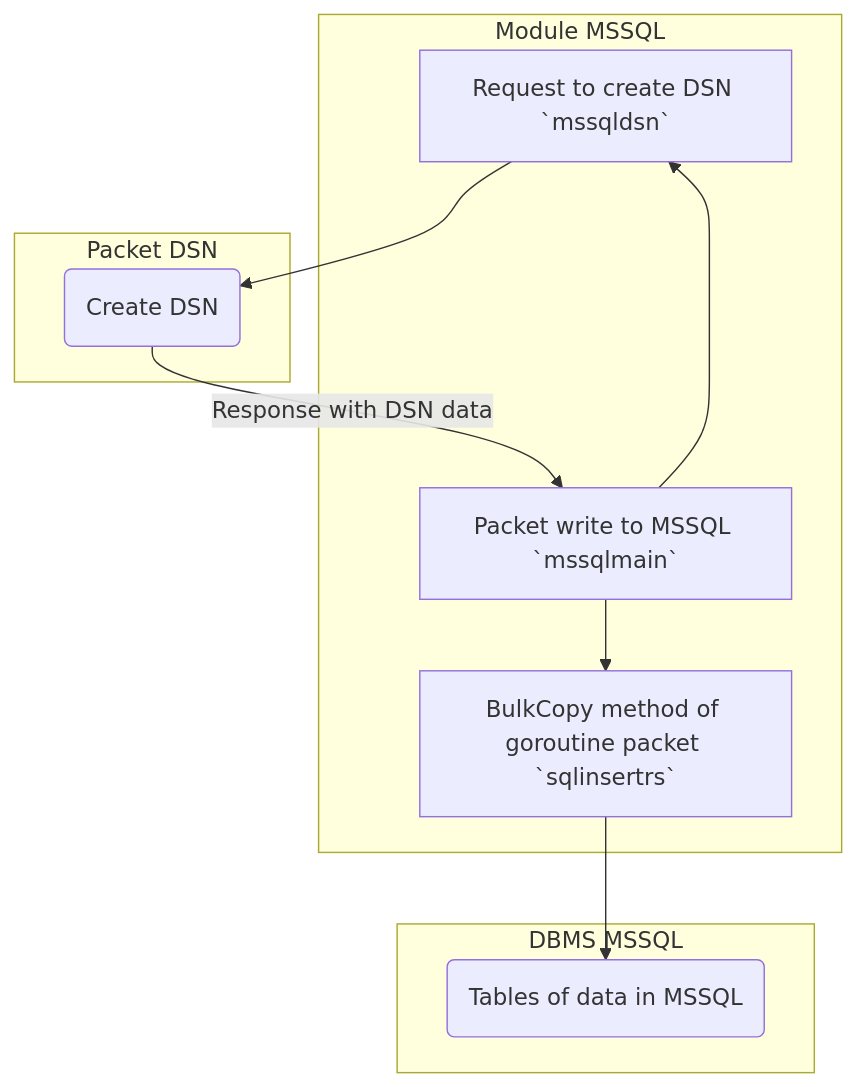
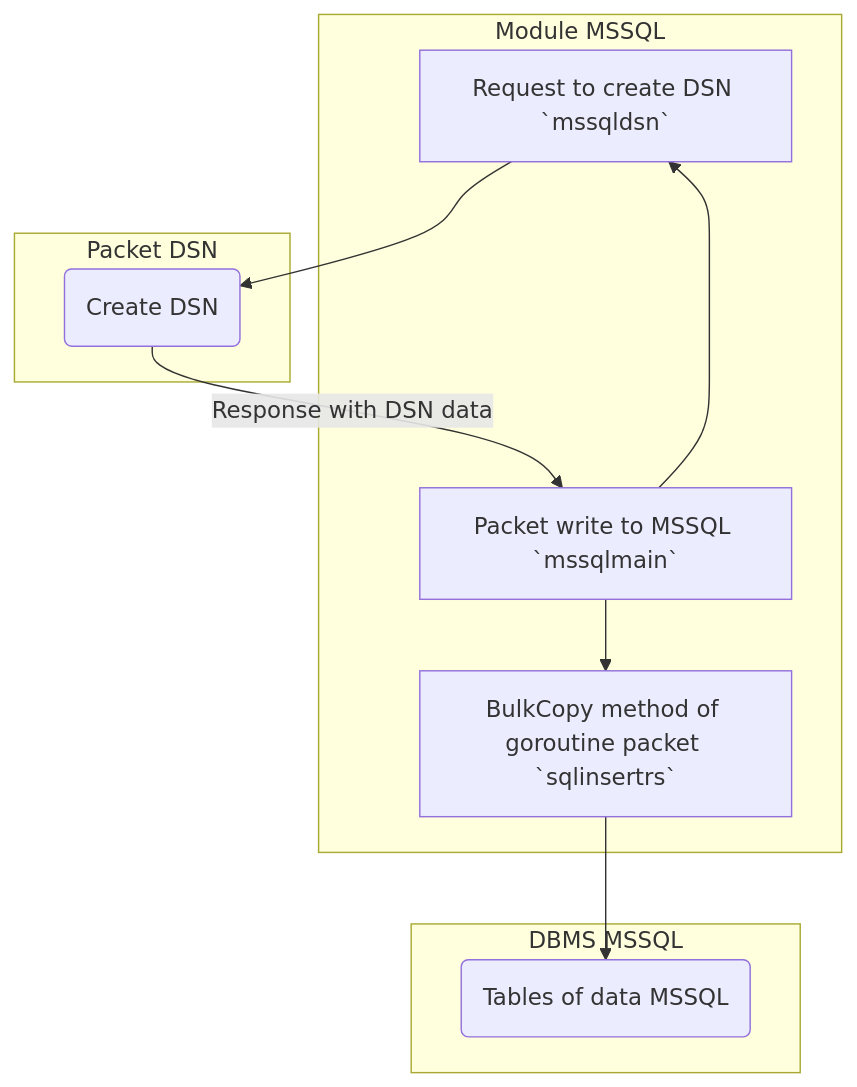
Before and after one commit to blablatov/sqlbulk2dirx: the first of 2 diagrams in README.md, drawn with Mermaid.

````diff
--- a/README.md
+++ b/README.md
@@ -15,19 +15,19 @@
 ```mermaid
 graph TB
 
   SubGraph1 --> SubGraph1Flow
   subgraph "Packet DSN"
   SubGraph1Flow(Create DSN)
   end
   
   SubGraph3 --> SubGraph2Flow
   subgraph "DBMS MSSQL"
-  SubGraph2Flow(Tables of data in MSSQL)
+  SubGraph2Flow(Tables of data MSSQL)
   end
 
   subgraph "Module MSSQL"
   Node1[Packet write to MSSQL `mssqlmain`] --> SubGraph1[Request to create DSN `mssqldsn`]
   SubGraph1Flow -- Response with DSN data --> Node1 
   Node1 --> SubGraph3[BulkCopy method of goroutine packet `sqlinsertrs`]
 end
 ```	  
````
